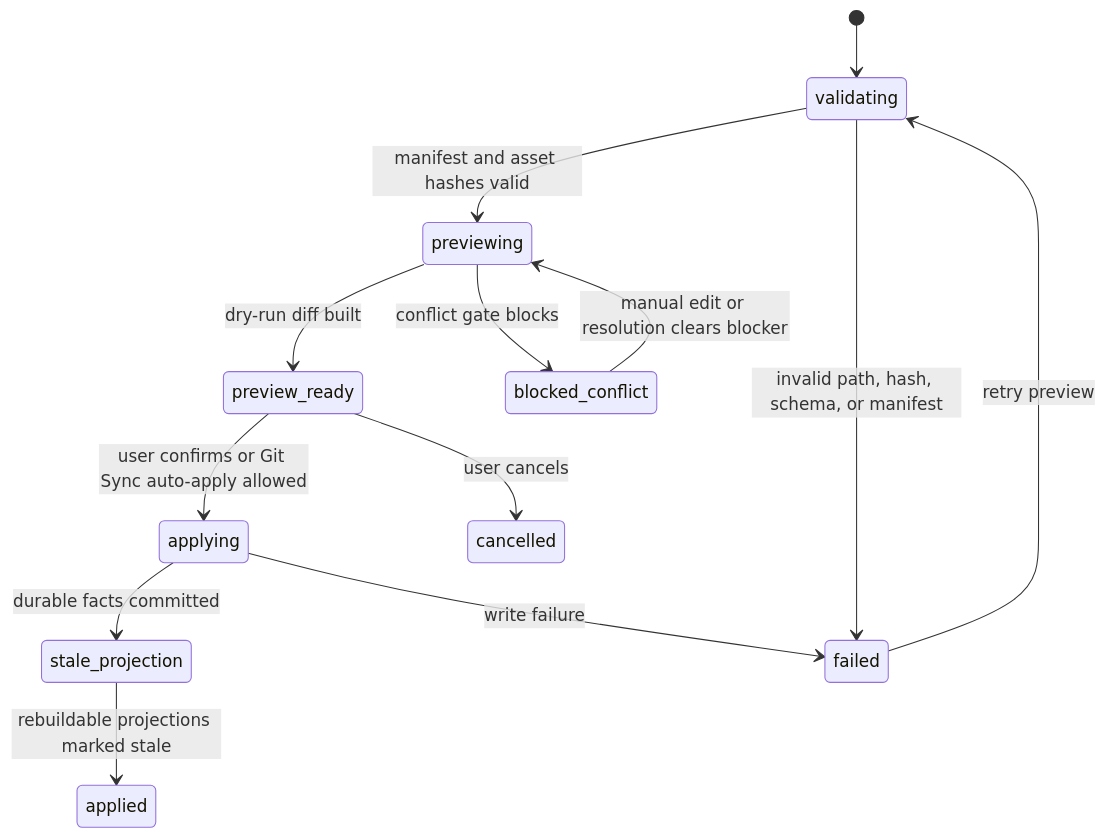
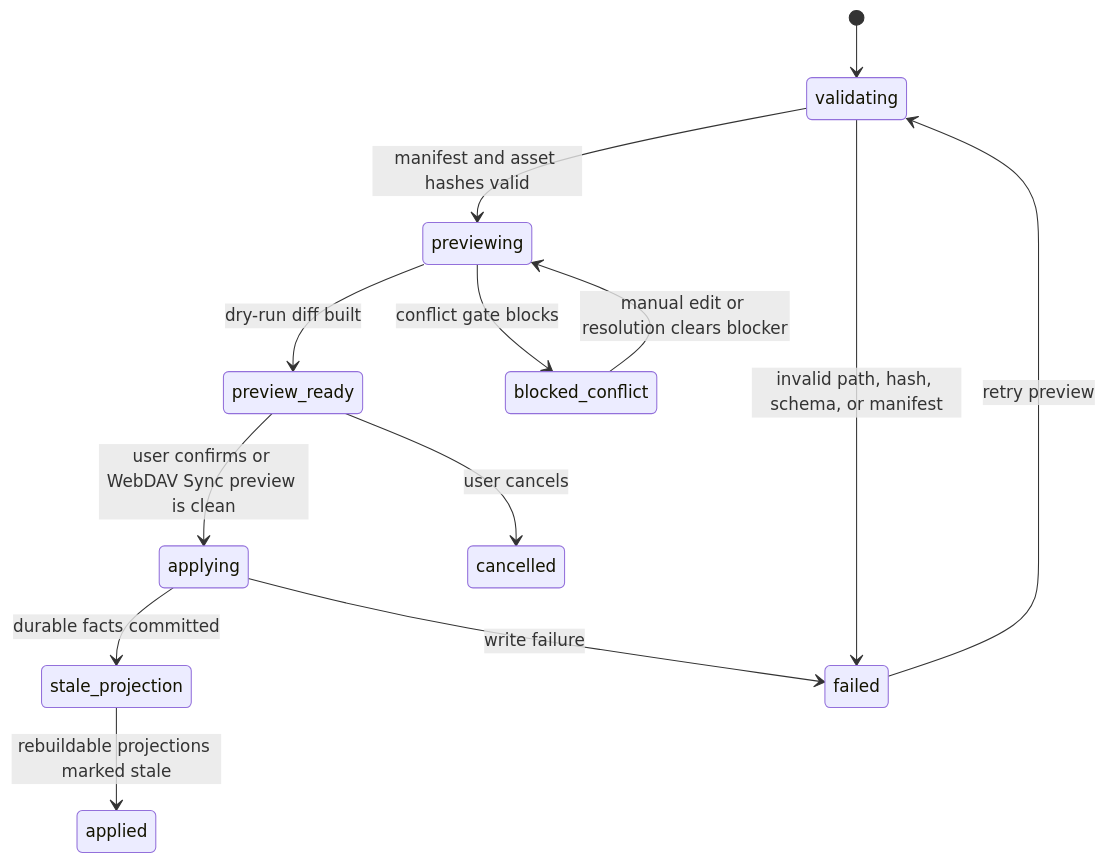
Before and after one commit to leike0813/zotero-agents: the tenth of 11 diagrams in doc/synthesis-layer/state-machines.md, drawn with Mermaid. The commit also changed other lines of this file and 177 other files, not shown here.

````diff
--- a/doc/synthesis-layer/state-machines.md
+++ b/doc/synthesis-layer/state-machines.md
@@ -294,15 +294,15 @@
 ```mermaid
 stateDiagram-v2
   [*] --> validating
   validating --> previewing: manifest and asset hashes valid
   validating --> failed: invalid path, hash, schema, or manifest
   previewing --> preview_ready: dry-run diff built
   previewing --> blocked_conflict: conflict gate blocks
-  preview_ready --> applying: user confirms or Git Sync auto-apply allowed
+  preview_ready --> applying: user confirms or WebDAV Sync preview is clean
   preview_ready --> cancelled: user cancels
   blocked_conflict --> previewing: manual edit or resolution clears blocker
   applying --> stale_projection: durable facts committed
   stale_projection --> applied: rebuildable projections marked stale
   applying --> failed: write failure
   failed --> validating: retry preview
 ```
````
